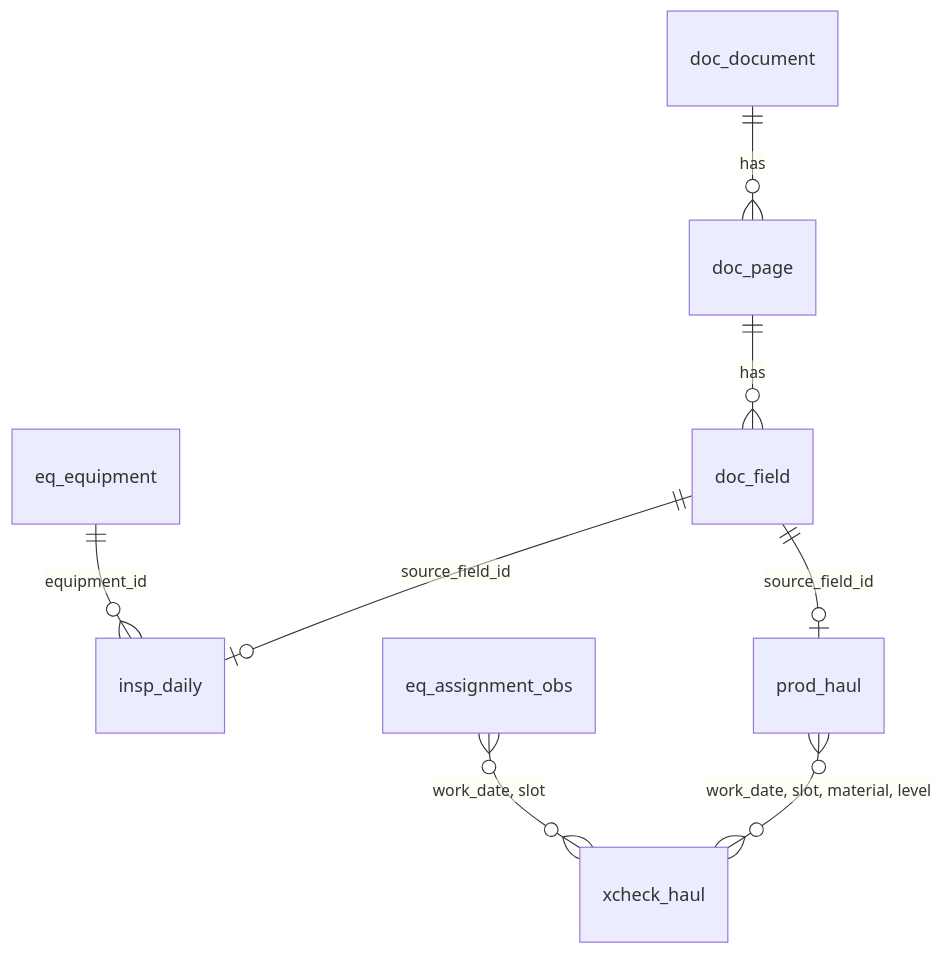
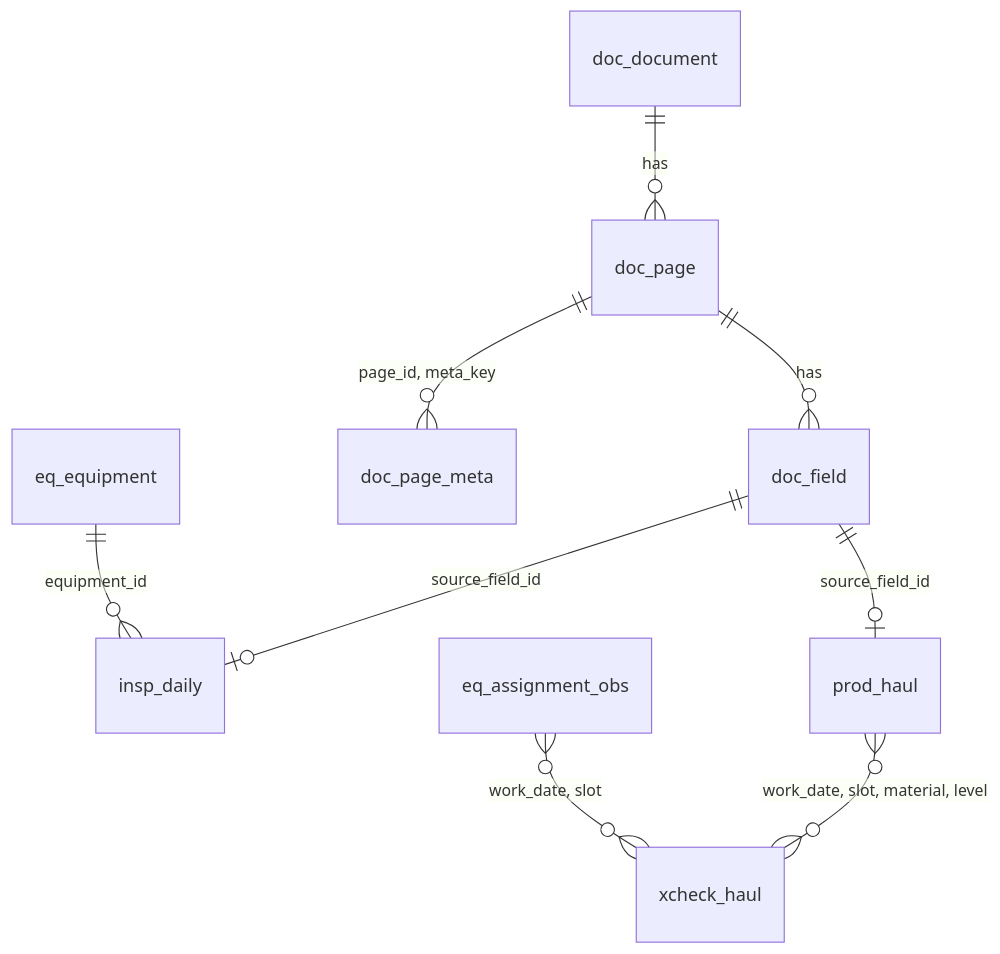
Before and after one commit to junhpark/mine-docscan: the second of 2 diagrams in docs/ARCHITECTURE.md, drawn with Mermaid. The commit also changed other lines of this file and 74 other files, not shown here.

````diff
--- a/docs/ARCHITECTURE.md
+++ b/docs/ARCHITECTURE.md
@@ -121,10 +130,11 @@
 ```mermaid
 erDiagram
   doc_document ||--o{ doc_page : has
   doc_page ||--o{ doc_field : has
+  doc_page ||--o{ doc_page_meta : "page_id, meta_key"
   doc_field ||--o| insp_daily : source_field_id
   doc_field ||--o| prod_haul : source_field_id
   eq_equipment ||--o{ insp_daily : equipment_id
   prod_haul }o--o{ xcheck_haul : "work_date, slot, material, level"
   eq_assignment_obs }o--o{ xcheck_haul : "work_date, slot"
 ```
````
